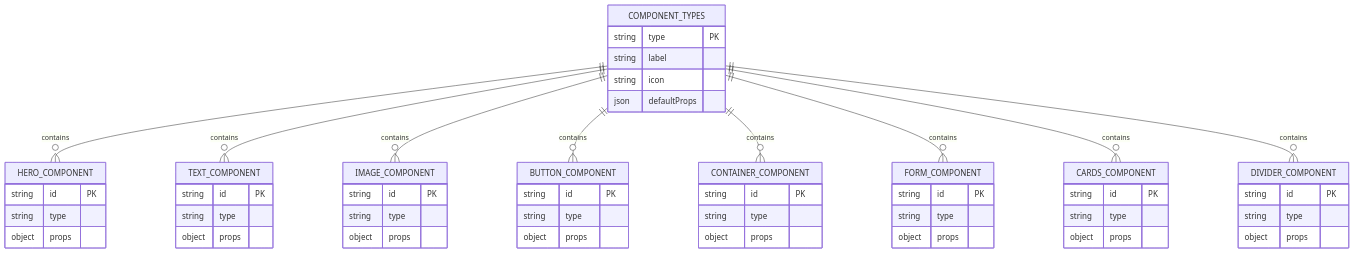
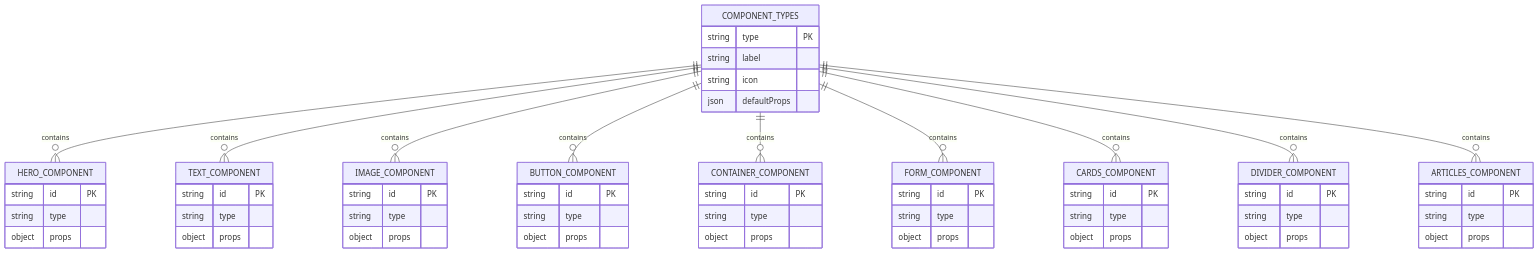
The eighth of 10 diagrams in .qoder/repowiki/zh/content/前端组件系统/拖拽编辑器.md (wyg5208/website_diy), drawn with Mermaid before and after one commit. The commit also changed other lines of this file and 109 other files, not shown here.

````diff
--- a/.qoder/repowiki/zh/content/前端组件系统/拖拽编辑器.md
+++ b/.qoder/repowiki/zh/content/前端组件系统/拖拽编辑器.md
@@ -238,57 +452,63 @@
 ```mermaid
 erDiagram
 COMPONENT_TYPES {
 string type PK
 string label
 string icon
 json defaultProps
 }
 HERO_COMPONENT {
 string id PK
 string type
 object props
 }
 TEXT_COMPONENT {
 string id PK
 string type
 object props
 }
 IMAGE_COMPONENT {
 string id PK
 string type
 object props
 }
 BUTTON_COMPONENT {
 string id PK
 string type
 object props
 }
 CONTAINER_COMPONENT {
 string id PK
 string type
 object props
 }
 FORM_COMPONENT {
 string id PK
 string type
 object props
 }
 CARDS_COMPONENT {
 string id PK
 string type
 object props
 }
 DIVIDER_COMPONENT {
 string id PK
 string type
 object props
 }
+ARTICLES_COMPONENT {
+string id PK
+string type
+object props
+}
 COMPONENT_TYPES ||--o{ HERO_COMPONENT : contains
 COMPONENT_TYPES ||--o{ TEXT_COMPONENT : contains
 COMPONENT_TYPES ||--o{ IMAGE_COMPONENT : contains
 COMPONENT_TYPES ||--o{ BUTTON_COMPONENT : contains
 COMPONENT_TYPES ||--o{ CONTAINER_COMPONENT : contains
 COMPONENT_TYPES ||--o{ FORM_COMPONENT : contains
 COMPONENT_TYPES ||--o{ CARDS_COMPONENT : contains
 COMPONENT_TYPES ||--o{ DIVIDER_COMPONENT : contains
+COMPONENT_TYPES ||--o{ ARTICLES_COMPONENT : contains
 ```
````
